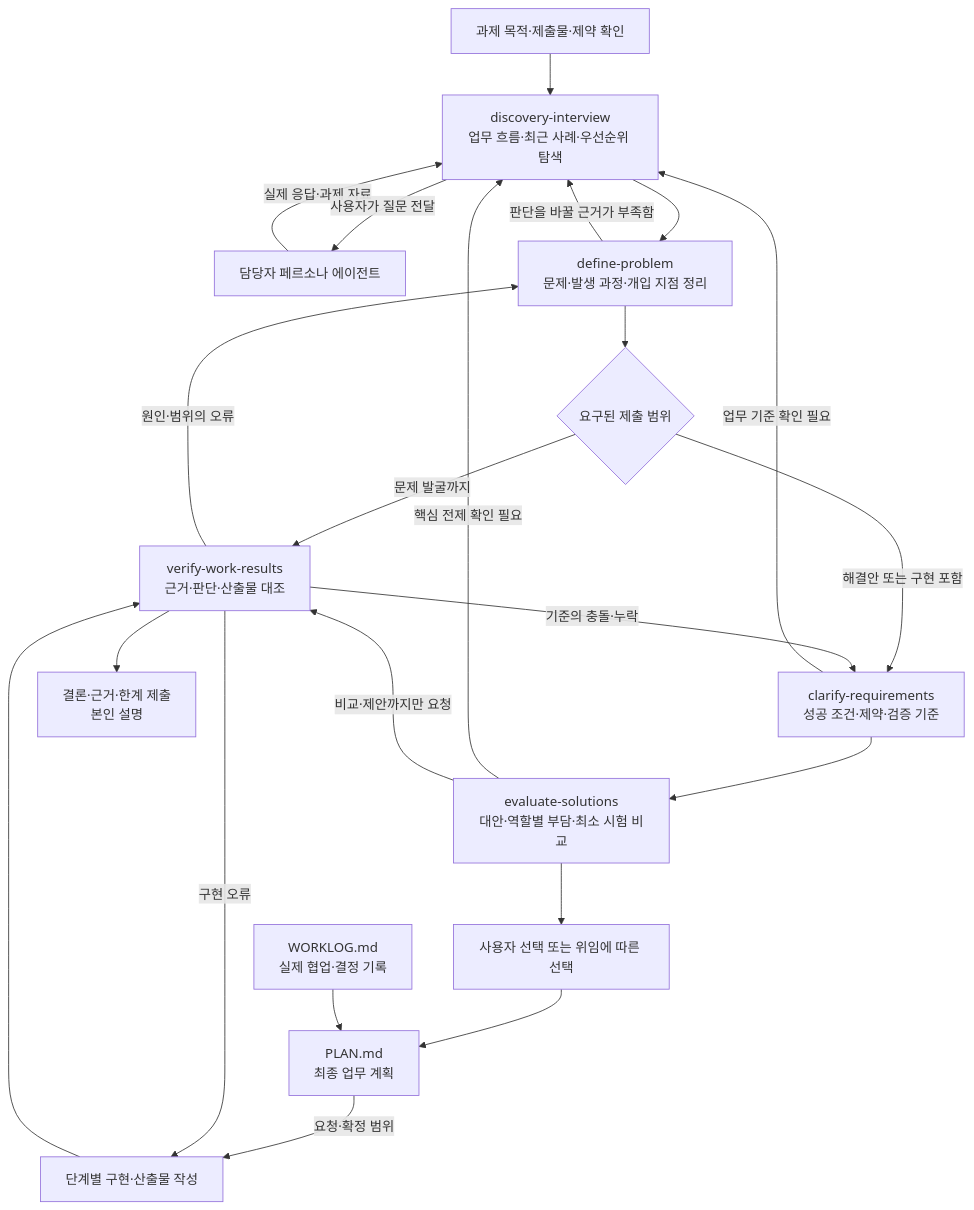
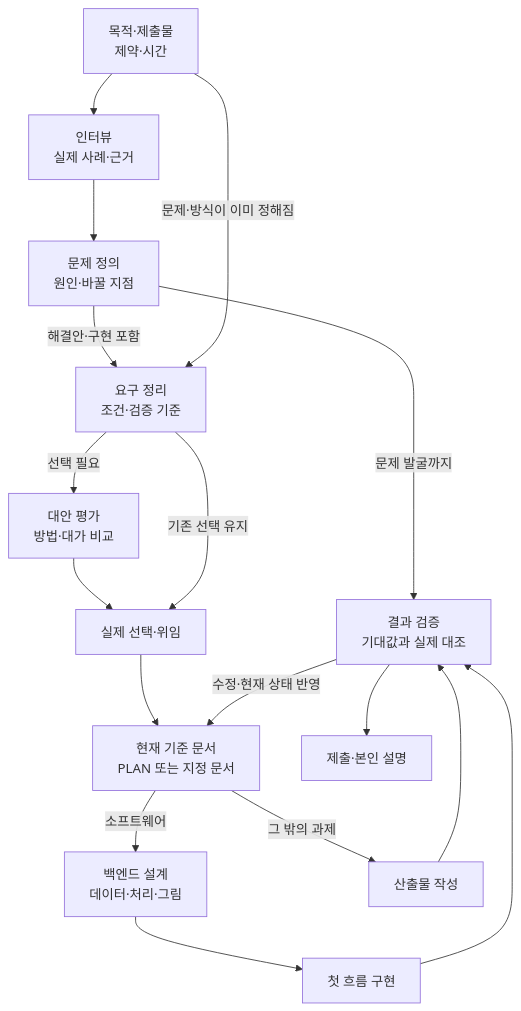
One commit to Hayden-J/product-skill-trees changed the diagram in docs/skill-map.md. Above: the diagram before and after it, drawn with Mermaid. The commit also changed other lines of this file and 26 other files, not shown here.

Commit message:
[스킬 보강] 백엔드 시각 설계·시간 지침·PLAN 통합 - 설치와 양식 검증 통과

````diff
--- a/docs/skill-map.md
+++ b/docs/skill-map.md
@@ -15,24 +11,19 @@
 ```mermaid
 flowchart TD
-    A[과제 목적·제출물·제약 확인] --> I[discovery-interview<br/>업무 흐름·최근 사례·우선순위 탐색]
-    P[담당자 페르소나 에이전트] -->|실제 응답·과제 자료| I
-    I -->|사용자가 질문 전달| P
-    I --> D[define-problem<br/>문제·발생 과정·개입 지점 정리]
-    D -->|판단을 바꿀 근거가 부족함| I
-    D --> G{요구된 제출 범위}
-    G -->|문제 발굴까지| V[verify-work-results<br/>근거·판단·산출물 대조]
-    G -->|해결안 또는 구현 포함| R[clarify-requirements<br/>성공 조건·제약·검증 기준]
-    R -->|업무 기준 확인 필요| I
-    R --> E[evaluate-solutions<br/>대안·역할별 부담·최소 시험 비교]
-    E -->|핵심 전제 확인 필요| I
-    E -->|비교·제안까지만 요청| V
-    E --> C[사용자 선택 또는 위임에 따른 선택]
-    C --> PLAN[PLAN.md<br/>최종 업무 계획]
-    LOG[WORKLOG.md<br/>실제 협업·결정 기록] --> PLAN
-    PLAN -->|요청·확정 범위| DEV[단계별 구현·산출물 작성]
+    A["목적·제출물<br/>제약·시간"] --> I["인터뷰<br/>실제 사례·근거"]
+    I --> D["문제 정의<br/>원인·바꿀 지점"]
+    D -->|문제 발굴까지| V["결과 검증<br/>기대값과 실제 대조"]
+    D -->|해결안·구현 포함| R["요구 정리<br/>조건·검증 기준"]
+    A -->|문제·방식이 이미 정해짐| R
+    R -->|선택 필요| E["대안 평가<br/>방법·대가 비교"]
+    E --> C["실제 선택·위임"]
+    R -->|기존 선택 유지| C
+    C --> PLAN["현재 기준 문서<br/>PLAN 또는 지정 문서"]
+    PLAN -->|소프트웨어| B["백엔드 설계<br/>데이터·처리·그림"]
+    B --> DEV["첫 흐름 구현"]
+    PLAN -->|그 밖의 과제| OUT["산출물 작성"]
     DEV --> V
-    V -->|원인·범위의 오류| D
-    V -->|기준의 충돌·누락| R
-    V -->|구현 오류| DEV
-    V --> F[결론·근거·한계 제출<br/>본인 설명]
+    OUT --> V
+    V -->|수정·현재 상태 반영| PLAN
+    V --> F["제출·본인 설명"]
 ```
````
